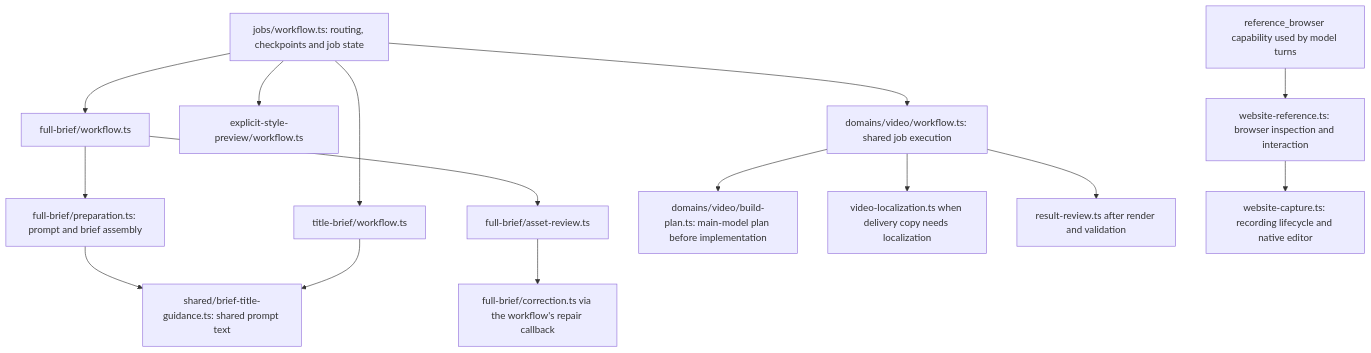
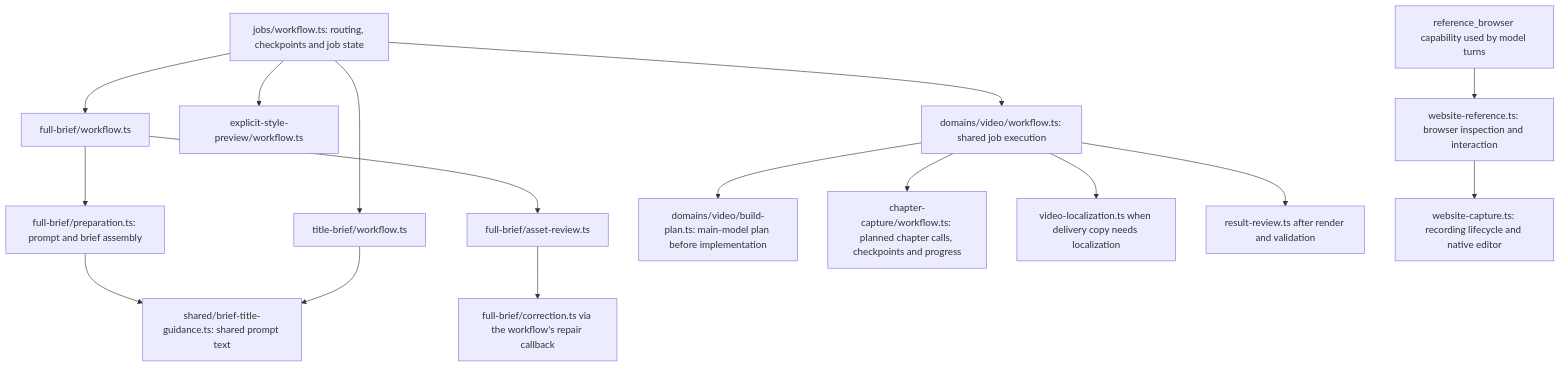
The first of 9 diagrams in src/server/jobs/subworkflows/README.md (delexw/kiteva), drawn with Mermaid before and after one commit. The commit also changed other lines of this file and 184 other files, not shown here.

````diff
--- a/src/server/jobs/subworkflows/README.md
+++ b/src/server/jobs/subworkflows/README.md
@@ -40,17 +49,18 @@
 ```mermaid
 flowchart TD
   WF["jobs/workflow.ts: routing, checkpoints and job state"] --> Full["full-brief/workflow.ts"]
   WF --> Title["title-brief/workflow.ts"]
   WF --> Explicit["explicit-style-preview/workflow.ts"]
   Full --> Assembly["full-brief/preparation.ts: prompt and brief assembly"]
   Full --> Review["full-brief/asset-review.ts"]
   Review --> Repair["full-brief/correction.ts via the workflow's repair callback"]
   Assembly --> Shared["shared/brief-title-guidance.ts: shared prompt text"]
   Title --> Shared
   WF --> Video["domains/video/workflow.ts: shared job execution"]
   Video --> Plan["domains/video/build-plan.ts: main-model plan before implementation"]
+  Video --> Chapters["chapter-capture/workflow.ts: planned chapter calls, checkpoints and progress"]
   Video --> Localize["video-localization.ts when delivery copy needs localization"]
   Video --> Result["result-review.ts after render and validation"]
   Browser["reference_browser capability used by model turns"] --> Reference["website-reference.ts: browser inspection and interaction"]
   Reference --> Capture["website-capture.ts: recording lifecycle and native editor"]
 ```
````
